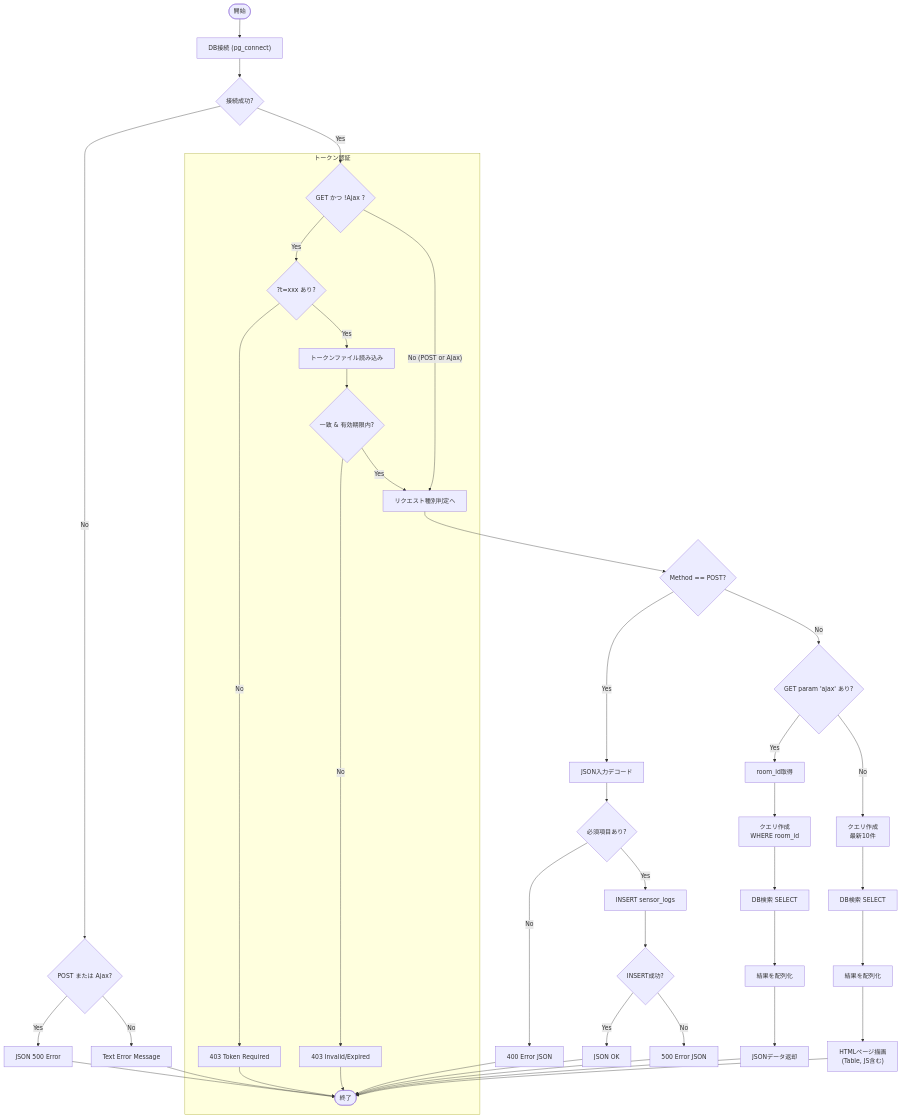
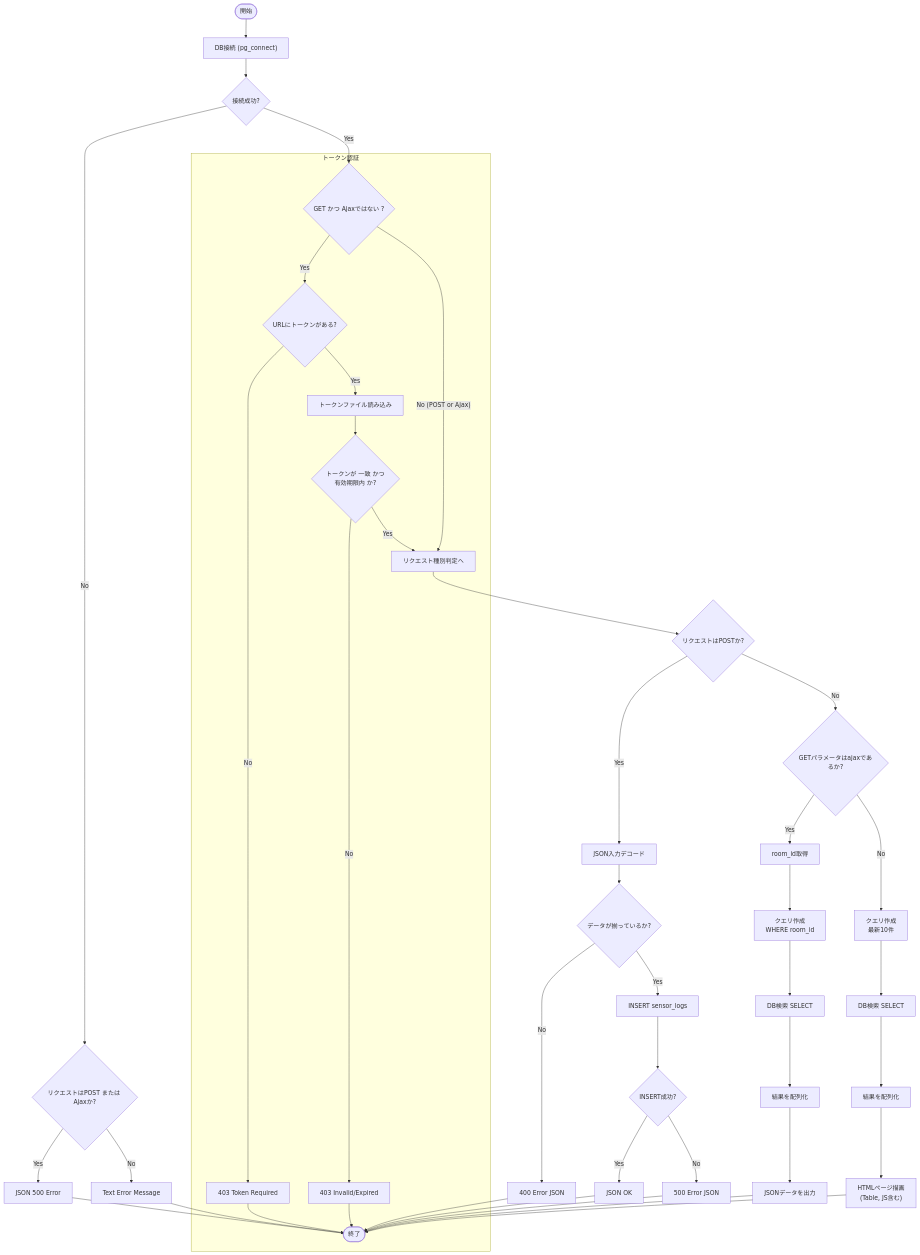
The diagram in mermaid_js/s.php.mmd (chiisanaokome/html), drawn with Mermaid before and after one commit. The commit also changed 2 other files, not shown here.

```diff
--- a/mermaid_js/s.php.mmd
+++ b/mermaid_js/s.php.mmd
@@ -1,52 +1,55 @@
 flowchart TD
     Start(["開始"]) --> DBConnect["DB接続 (pg_connect)"]
     
     %% DB接続判定
     DBConnect --> IsDBConnected{"接続成功?"}
-    IsDBConnected -- "No" --> CheckErrType{"POST または Ajax?"}
+    IsDBConnected -- "No" --> CheckErrType{"リクエストはPOST または Ajaxか?"}
     CheckErrType -- "Yes" --> Res500["JSON 500 Error"] --> End(["終了"])
     CheckErrType -- "No" --> ResText["Text Error Message"] --> End
     
     IsDBConnected -- "Yes" --> CheckAuthLogic
 
     %% トークン認証ロジック
     subgraph Auth ["トークン認証"]
-        CheckAuthLogic{"GET かつ !Ajax ?"}
-        CheckAuthLogic -- "Yes" --> CheckTokenParam{"?t=xxx あり?"}
+        CheckAuthLogic{"GET かつ Ajaxではない ?"}
+        CheckAuthLogic -- "Yes" --> CheckTokenParam{"URLにトークンがある?"}
         CheckTokenParam -- "No" --> Res403_1["403 Token Required"] --> End
         CheckTokenParam -- "Yes" --> ReadTokenFile["トークンファイル読み込み"]
-        ReadTokenFile --> VerifyToken{"一致 & 有効期限内?"}
+        ReadTokenFile --> VerifyToken{"トークンが 一致 かつ<br>有効期限内 か?"}
         VerifyToken -- "No" --> Res403_2["403 Invalid/Expired"] --> End
         VerifyToken -- "Yes" --> NextStep
     end
     
     CheckAuthLogic -- "No (POST or Ajax)" --> NextStep["リクエスト種別判定へ"]
 
     %% リクエスト分岐
-    NextStep --> IsPost{"Method == POST?"}
+    %%NextStep --> IsPost{"Method == POST?"}
+    NextStep --> IsPost{"リクエストはPOSTか?"}
 
     %% POST処理 (データ登録)
     IsPost -- "Yes" --> DecodeJSON["JSON入力デコード"]
-    DecodeJSON --> CheckParams{"必須項目あり?"}
+    %% DecodeJSON --> CheckParams{"必須項目あり?"}
+    DecodeJSON --> CheckParams{"データが揃っているか?"}
     
     CheckParams -- "No" --> Res400["400 Error JSON"] --> End
     CheckParams -- "Yes" --> InsertDB["INSERT sensor_logs"]
     
     InsertDB --> IsInsertSuccess{"INSERT成功?"}
     IsInsertSuccess -- "Yes" --> ResSuccess["JSON OK"] --> End
     IsInsertSuccess -- "No" --> Res500Ins["500 Error JSON"] --> End
 
     %% AJAX処理 (データ取得API)
-    IsPost -- "No" --> IsAjax{"GET param 'ajax' あり?"}
+    %% IsPost -- "No" --> IsAjax{"GET param 'ajax' あり?"}
+    IsPost -- "No" --> IsAjax{"GETパラメータはajaxであるか?"}
     
     IsAjax -- "Yes" --> GetRoomID["room_id取得"]
     GetRoomID --> BuildQueryAjax["クエリ作成<br/>WHERE room_id"]
     BuildQueryAjax --> ExecQueryAjax["DB検索 SELECT"]
     ExecQueryAjax --> FetchRowsAjax["結果を配列化"]
-    FetchRowsAjax --> ResJSON["JSONデータ返却"] --> End
+    FetchRowsAjax --> ResJSON["JSONデータを出力"] --> End
 
     %% HTML描画処理 (初期表示)
     IsAjax -- "No" --> BuildQueryHTML["クエリ作成<br/>最新10件"]
     BuildQueryHTML --> ExecQueryHTML["DB検索 SELECT"]
     ExecQueryHTML --> FetchRowsHTML["結果を配列化"]
     FetchRowsHTML --> RenderHTML["HTMLページ描画<br/>(Table, JS含む)"] --> End
```
